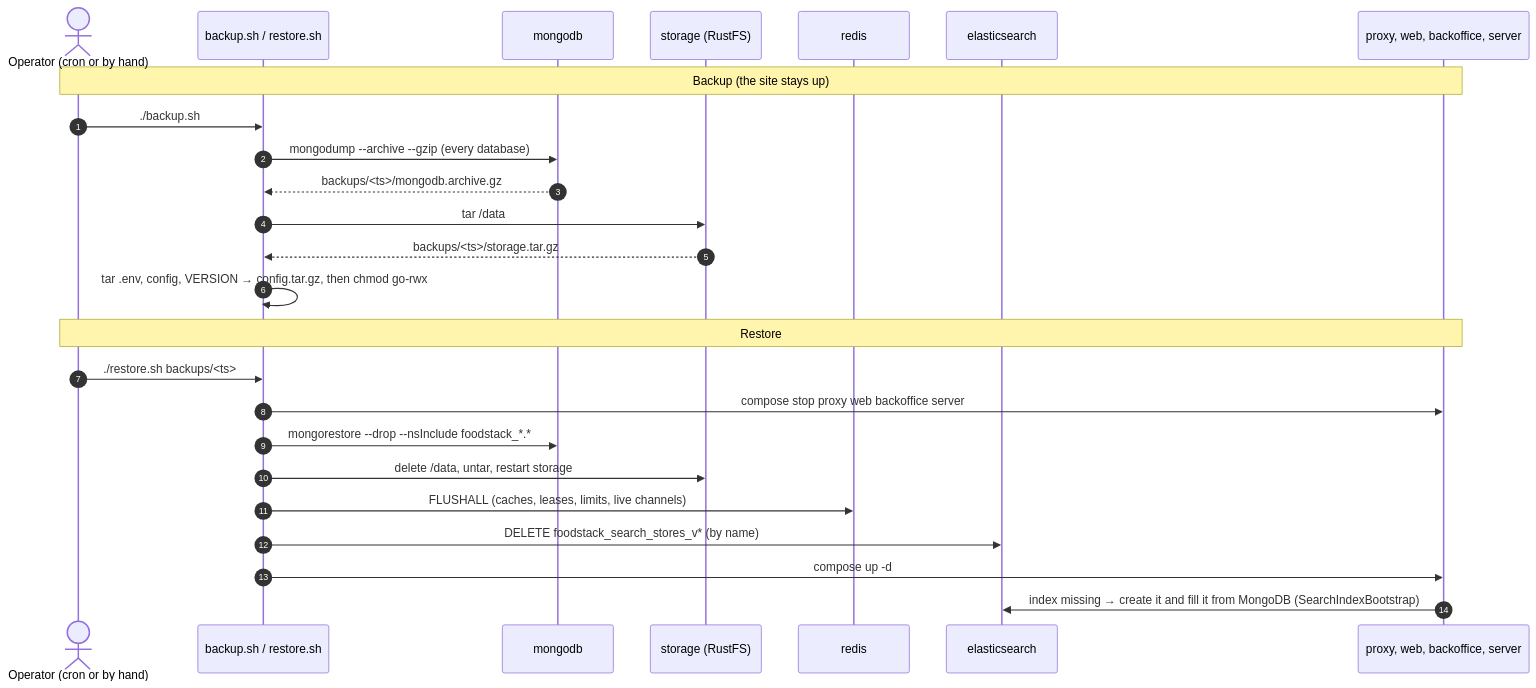
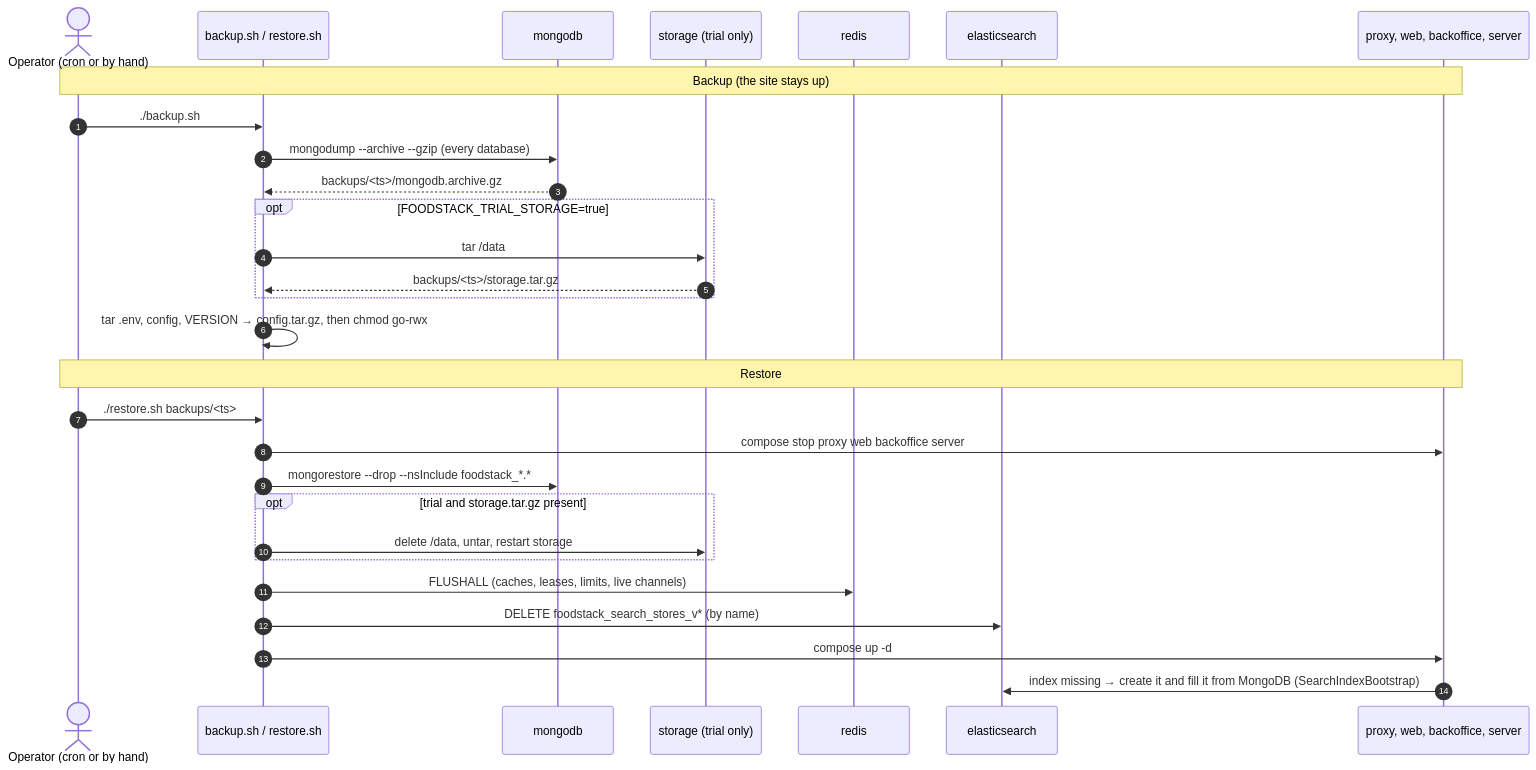
One commit to ilyaslabs/foodstack changed the first of 5 diagrams in docs/architecture/11-operations.md. Above: the diagram before and after it, drawn with Mermaid. The commit also changed other lines of this file and 55 other files, not shown here.

````diff
--- a/docs/architecture/11-operations.md
+++ b/docs/architecture/11-operations.md
@@ -11,29 +11,33 @@
 ```mermaid
 sequenceDiagram
     autonumber
     actor Op as Operator (cron or by hand)
     participant B as backup.sh / restore.sh
     participant M as mongodb
-    participant S as storage (RustFS)
+    participant S as storage (trial only)
     participant R as redis
     participant E as elasticsearch
     participant App as proxy, web, backoffice, server
 
     Note over Op,App: Backup (the site stays up)
     Op->>B: ./backup.sh
     B->>M: mongodump --archive --gzip (every database)
     M-->>B: backups/<ts>/mongodb.archive.gz
-    B->>S: tar /data
-    S-->>B: backups/<ts>/storage.tar.gz
+    opt FOODSTACK_TRIAL_STORAGE=true
+        B->>S: tar /data
+        S-->>B: backups/<ts>/storage.tar.gz
+    end
     B->>B: tar .env, config, VERSION → config.tar.gz, then chmod go-rwx
 
     Note over Op,App: Restore
     Op->>B: ./restore.sh backups/<ts>
     B->>App: compose stop proxy web backoffice server
     B->>M: mongorestore --drop --nsInclude foodstack_*.*
-    B->>S: delete /data, untar, restart storage
+    opt trial and storage.tar.gz present
+        B->>S: delete /data, untar, restart storage
+    end
     B->>R: FLUSHALL (caches, leases, limits, live channels)
     B->>E: DELETE foodstack_search_stores_v* (by name)
     B->>App: compose up -d
     App->>E: index missing → create it and fill it from MongoDB (SearchIndexBootstrap)
 ```
````
